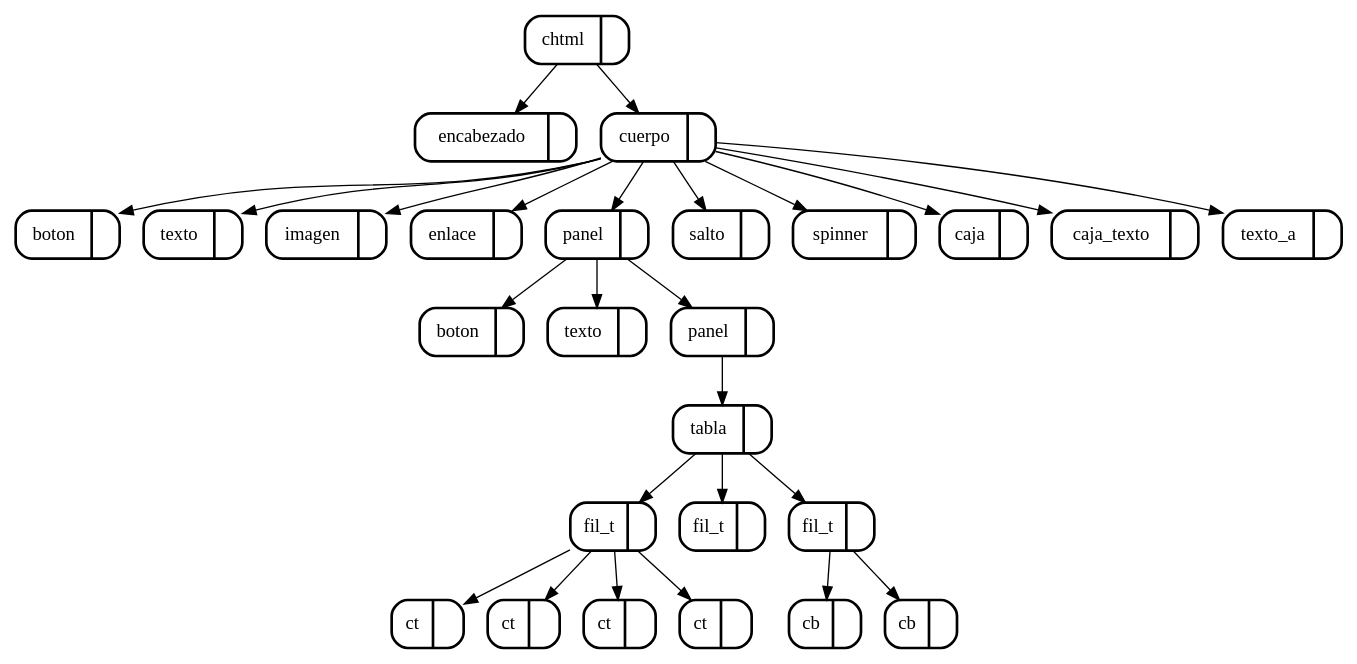
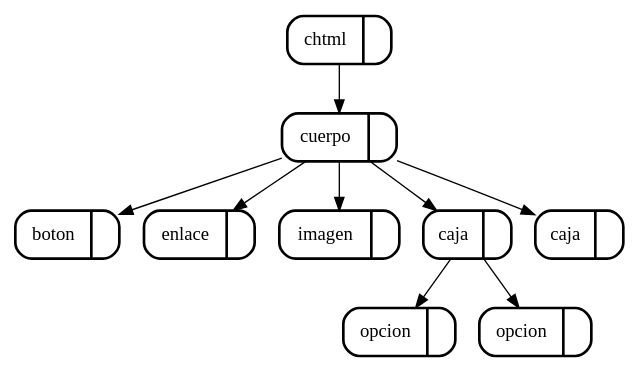
The diagram in USAC_WEB/Imagenes/arbol_dom.dot (skrillfer/1s2018_CMP2P1), drawn with Graphviz before and after one commit. The commit also changed 39 other files, not shown here.

```diff
--- a/USAC_WEB/Imagenes/arbol_dom.dot
+++ b/USAC_WEB/Imagenes/arbol_dom.dot
@@ -1,55 +1,21 @@
 digraph G {
 node[shape=Mrecord]
-1[label="chtml | ",style=bold]
-2[label="encabezado | ",style=bold]
-{1}->{2}
-3[label="cuerpo | ",style=bold]
-{1}->{3}
-7[label="boton | ",style=bold]
-{3}->{7}
-9[label="texto | ",style=bold]
-{3}->{9}
+27[label="chtml | ",style=bold]
+26[label="cuerpo | ",style=bold]
+{27}->{26}
+2[label="boton | ",style=bold]
+{26}->{2}
+5[label="enlace | ",style=bold]
+{26}->{5}
 11[label="imagen | ",style=bold]
-{3}->{11}
-13[label="enlace | ",style=bold]
-{3}->{13}
-15[label="panel | ",style=bold]
-{3}->{15}
-17[label="boton | ",style=bold]
-{15}->{17}
-19[label="texto | ",style=bold]
-{15}->{19}
-21[label="panel | ",style=bold]
-{15}->{21}
-33[label="tabla | ",style=bold]
-{21}->{33}
-26[label="fil_t | ",style=bold]
-{33}->{26}
-25[label="ct | ",style=bold]
+{26}->{11}
+22[label="caja | ",style=bold]
+{26}->{22}
+17[label="opcion | ",style=bold]
+{22}->{17}
+21[label="opcion | ",style=bold]
+{22}->{21}
+25[label="caja | ",style=bold]
 {26}->{25}
-28[label="ct | ",style=bold]
-{26}->{28}
-30[label="ct | ",style=bold]
-{26}->{30}
-32[label="ct | ",style=bold]
-{26}->{32}
-35[label="fil_t | ",style=bold]
-{33}->{35}
-39[label="fil_t | ",style=bold]
-{33}->{39}
-38[label="cb | ",style=bold]
-{39}->{38}
-41[label="cb | ",style=bold]
-{39}->{41}
-42[label="salto | ",style=bold]
-{3}->{42}
-44[label="spinner | ",style=bold]
-{3}->{44}
-46[label="caja | ",style=bold]
-{3}->{46}
-48[label="caja_texto | ",style=bold]
-{3}->{48}
-50[label="texto_a | ",style=bold]
-{3}->{50}
 
 }
```
